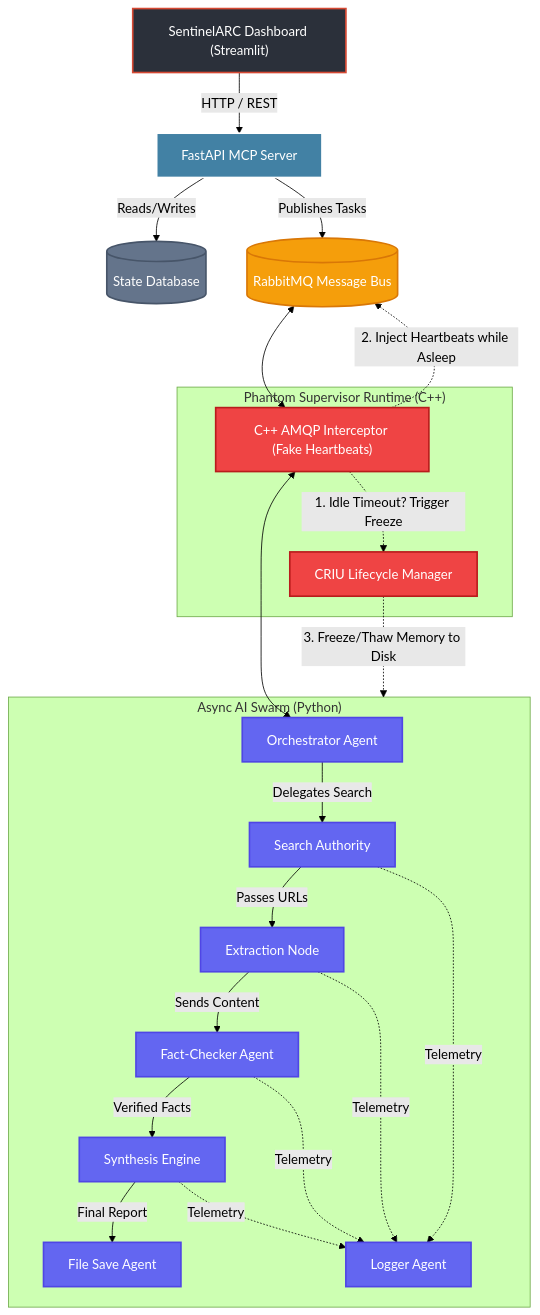
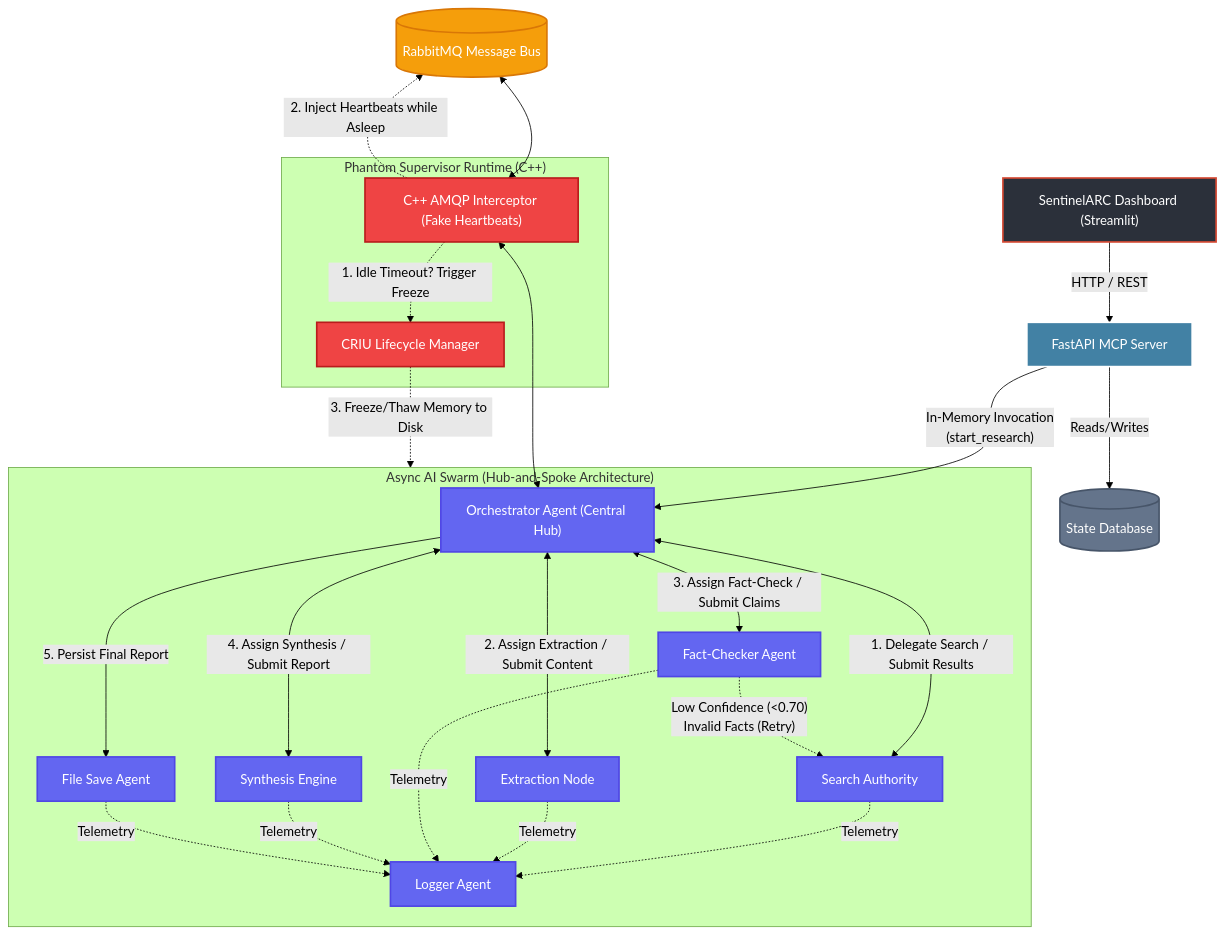
The diagram in docs/ARCHITECTURE.md (Ashishparmar265/SentinelARC), drawn with Mermaid (forest theme) before and after one commit. The commit also changed other lines of this file and 22 other files, not shown here.

First line of the commit message:
refactor(swarm): optimize multi-agent pipeline, multi-source ingestion & latency reduction

````diff
--- a/docs/ARCHITECTURE.md
+++ b/docs/ARCHITECTURE.md
@@ -9,52 +9,58 @@
 ```mermaid
 flowchart TD
     %% Styles
     classDef frontend fill:#2b303a,color:#fff,stroke:#d64933,stroke-width:2px;
     classDef backend fill:#4281a4,color:#fff,stroke:#fff,stroke-width:2px;
     classDef broker fill:#f59e0b,color:#fff,stroke:#d97706,stroke-width:2px;
     classDef cpp fill:#ef4444,color:#fff,stroke:#b91c1c,stroke-width:2px;
     classDef python fill:#6366f1,color:#fff,stroke:#4f46e5,stroke-width:2px;
     classDef storage fill:#64748b,color:#fff,stroke:#475569,stroke-width:2px;
 
     UI["SentinelARC Dashboard (Streamlit)"]:::frontend
     FAST["FastAPI MCP Server"]:::backend
     DB[("State Database")]:::storage
     RMQ[("RabbitMQ Message Bus")]:::broker
 
     UI -->|"HTTP / REST"| FAST
     FAST -->|"Reads/Writes"| DB
-    FAST -->|"Publishes Tasks"| RMQ
+    FAST -->|"In-Memory Invocation\n(start_research)"| ORC
 
     subgraph Phantom_Supervisor["Phantom Supervisor Runtime (C++)"]
         PROXY["C++ AMQP Interceptor (Fake Heartbeats)"]:::cpp
         CRIU["CRIU Lifecycle Manager"]:::cpp
     end
 
-    subgraph AI_Swarm["Async AI Swarm (Python)"]
-        ORC["Orchestrator Agent"]:::python
+    subgraph AI_Swarm["Async AI Swarm (Hub-and-Spoke Architecture)"]
+        ORC["Orchestrator Agent (Central Hub)"]:::python
         SA["Search Authority"]:::python
         EX["Extraction Node"]:::python
         FC["Fact-Checker Agent"]:::python
         SYN["Synthesis Engine"]:::python
         FS["File Save Agent"]:::python
         LOG["Logger Agent"]:::python
         
-        ORC -->|"Delegates Search"| SA
-        SA -->|"Passes URLs"| EX
-        EX -->|"Sends Content"| FC
-        FC -->|"Verified Facts"| SYN
-        SYN -->|"Final Report"| FS
+        %% Hub-and-Spoke Delegations and Data Submissions
+        ORC <-->|"1. Delegate Search / Submit Results"| SA
+        ORC <-->|"2. Assign Extraction / Submit Content"| EX
+        ORC <-->|"3. Assign Fact-Check / Submit Claims"| FC
+        
+        %% Fallback: Invalid facts route back to Search Authority (bypassing Extraction)
+        FC -.->|"Low Confidence (<0.70)\nInvalid Facts (Retry)"| SA
+        
+        ORC <-->|"4. Assign Synthesis / Submit Report"| SYN
+        ORC -->|"5. Persist Final Report"| FS
         
         SA -.->|"Telemetry"| LOG
         EX -.->|"Telemetry"| LOG
         FC -.->|"Telemetry"| LOG
         SYN -.->|"Telemetry"| LOG
+        FS -.->|"Telemetry"| LOG
     end
 
     RMQ <--> PROXY
     PROXY <--> ORC
     
     PROXY -.->|"1. Idle Timeout? Trigger Freeze"| CRIU
     PROXY -.->|"2. Inject Heartbeats while Asleep"| RMQ
     CRIU -.->|"3. Freeze/Thaw Memory to Disk"| AI_Swarm
 ```
````
